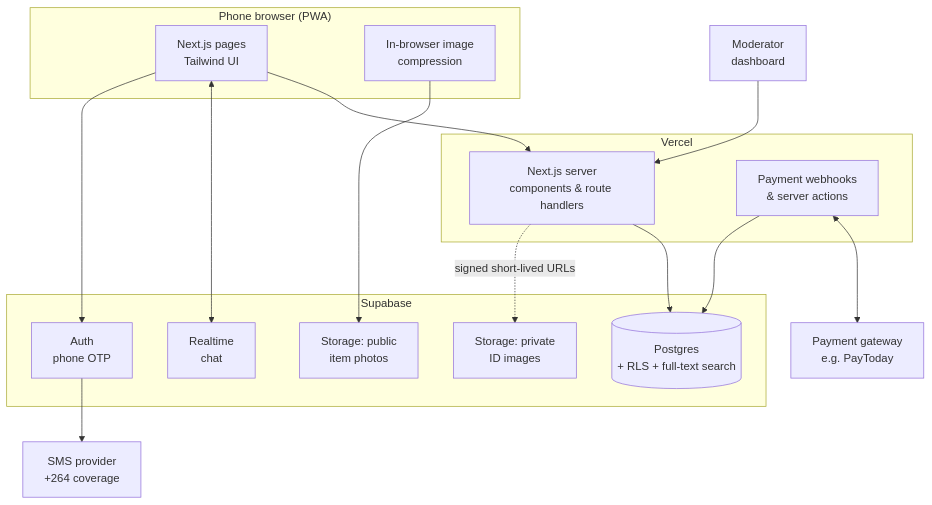
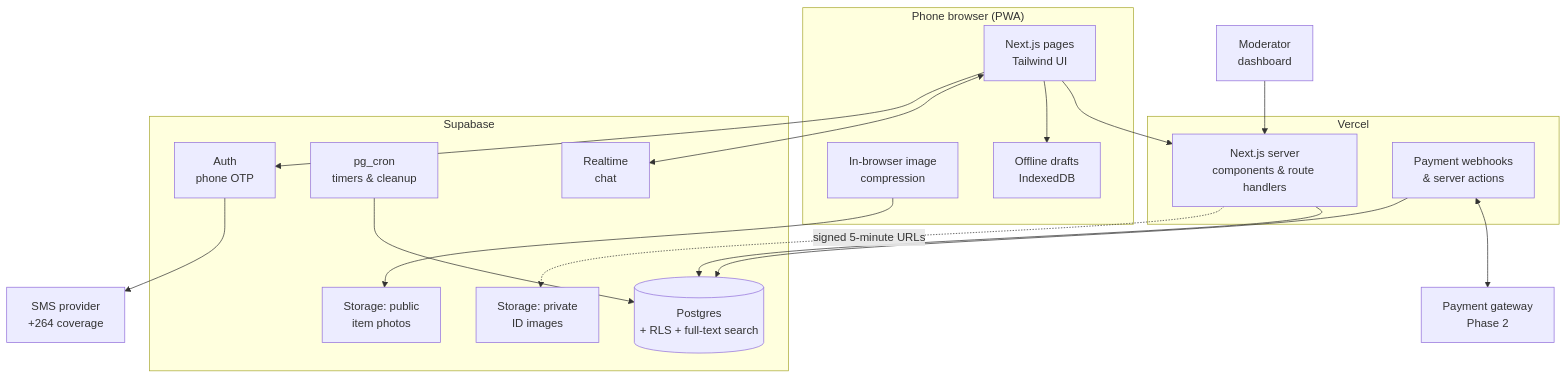
Before and after one commit to Sphellep04/Rehang: the third of 6 diagrams in README.md, drawn with Mermaid. The commit also changed other lines of this file and 24 other files, not shown here.

First line of the commit message:
Expand plan to v2 with full docs and fixed timeline

````diff
--- a/README.md
+++ b/README.md
@@ -331,32 +367,36 @@
 ```mermaid
 flowchart TB
     subgraph Client["Phone browser (PWA)"]
         UI[Next.js pages<br/>Tailwind UI]
         IMG[In-browser image<br/>compression]
+        IDB[Offline drafts<br/>IndexedDB]
     end
     subgraph Vercel
         SSR[Next.js server<br/>components & route handlers]
         PAY[Payment webhooks<br/>& server actions]
     end
     subgraph Supabase
         AUTH[Auth<br/>phone OTP]
         DB[(Postgres<br/>+ RLS + full-text search)]
+        CRON[pg_cron<br/>timers & cleanup]
         PUB[Storage: public<br/>item photos]
         PRIV[Storage: private<br/>ID images]
         RT[Realtime<br/>chat]
     end
     SMS[SMS provider<br/>+264 coverage]
-    GW[Payment gateway<br/>e.g. PayToday]
+    GW[Payment gateway<br/>Phase 2]
     MOD[Moderator<br/>dashboard]
 
     UI --> SSR
+    UI --> IDB
     IMG --> PUB
     UI <--> RT
     SSR --> DB
+    CRON --> DB
     AUTH --> SMS
     UI --> AUTH
     PAY <--> GW
     PAY --> DB
     MOD --> SSR
-    SSR -. signed short-lived URLs .-> PRIV
+    SSR -. signed 5-minute URLs .-> PRIV
 ```
````
